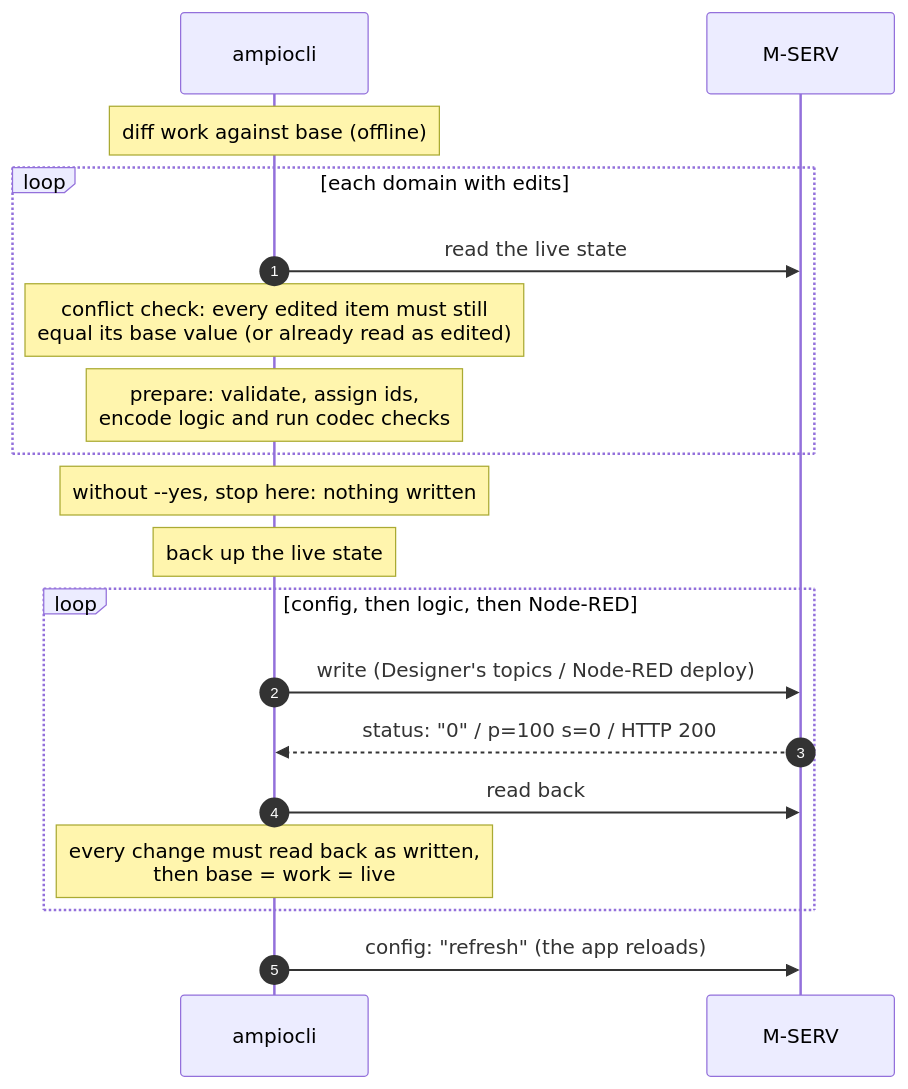
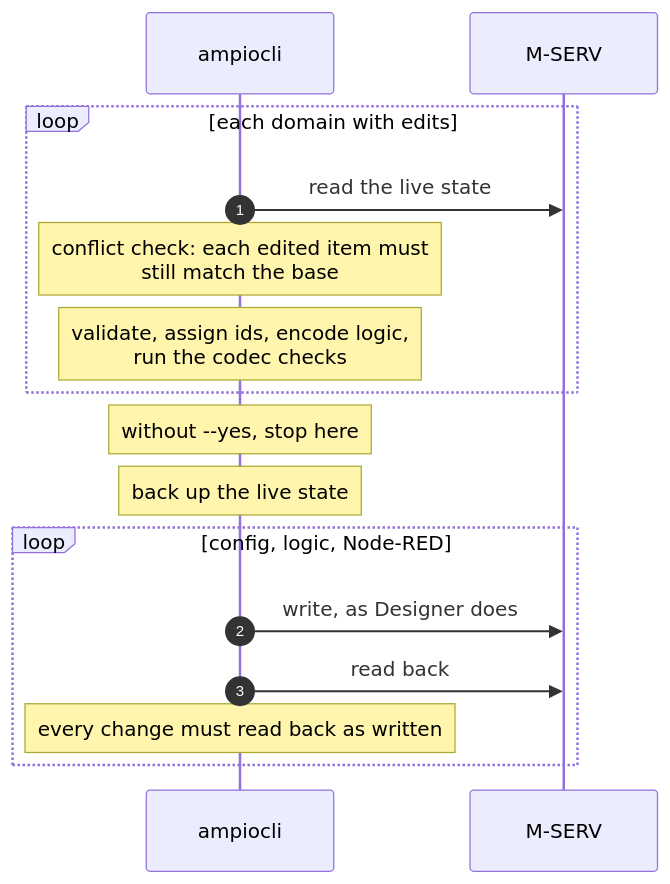
Before and after one commit to daisied/ampiocli: the second of 3 diagrams in README.md, drawn with Mermaid. The commit also changed other lines of this file and 1 other file, not shown here.

````diff
--- a/README.md
+++ b/README.md
@@ -91,21 +75,18 @@
 ```mermaid
 sequenceDiagram
   autonumber
   participant cli as ampiocli
   participant m as M-SERV
-  Note over cli: diff work against base (offline)
   loop each domain with edits
     cli->>m: read the live state
-    Note over cli: conflict check: every edited item must still<br/>equal its base value (or already read as edited)
-    Note over cli: prepare: validate, assign ids,<br/>encode logic and run codec checks
+    Note over cli: conflict check: each edited item must<br/>still match the base
+    Note over cli: validate, assign ids, encode logic,<br/>run the codec checks
   end
-  Note over cli: without --yes, stop here: nothing written
+  Note over cli: without --yes, stop here
   Note over cli: back up the live state
-  loop config, then logic, then Node-RED
-    cli->>m: write (Designer's topics / Node-RED deploy)
-    m-->>cli: status: "0" / p=100 s=0 / HTTP 200
+  loop config, logic, Node-RED
+    cli->>m: write, as Designer does
     cli->>m: read back
-    Note over cli: every change must read back as written,<br/>then base = work = live
+    Note over cli: every change must read back as written
   end
-  cli->>m: config: "refresh" (the app reloads)
 ```
````
